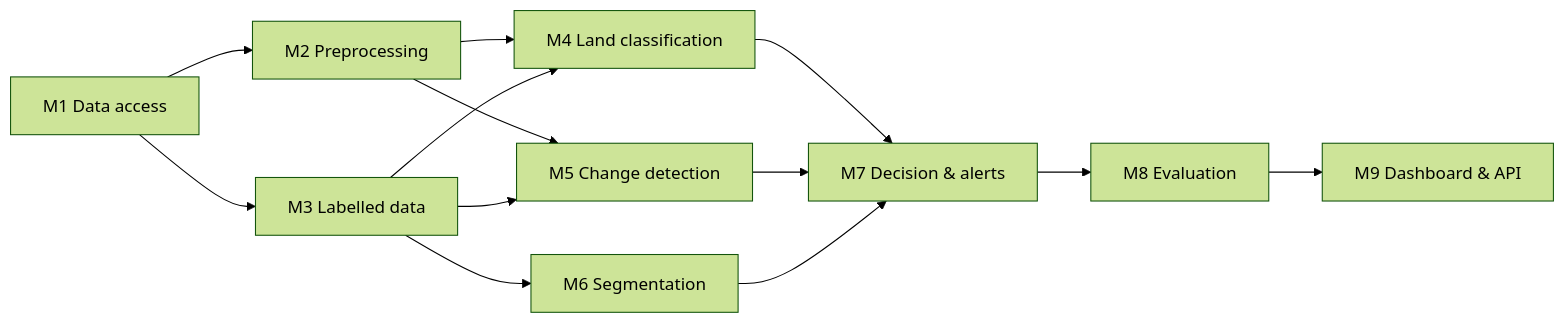
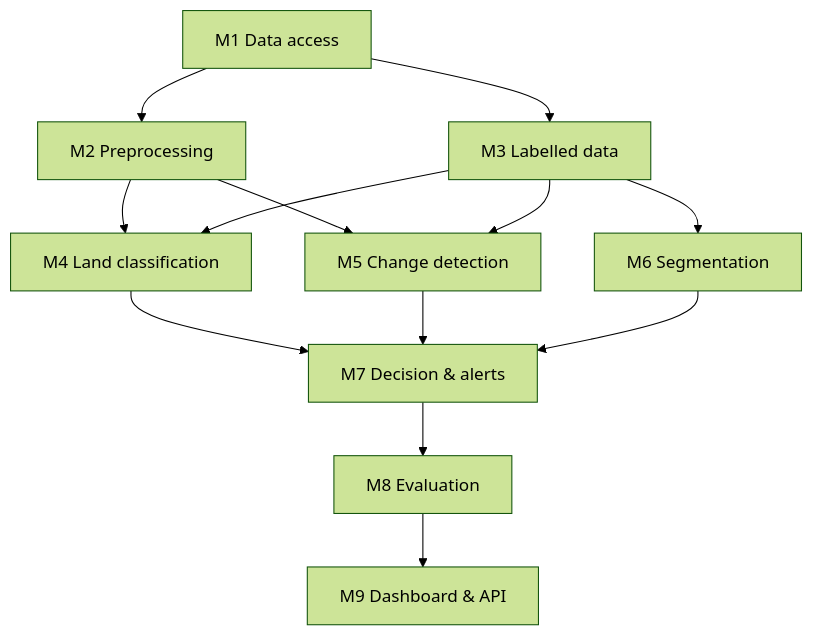
The diagram in Projects/REMI/remi-project-hub.md (MensahPrince/Peeka-Notes), drawn with Mermaid (forest theme) before and after one commit.

Commit message:
Peeka: 1 file synced

````diff
--- a/Projects/REMI/remi-project-hub.md
+++ b/Projects/REMI/remi-project-hub.md
@@ -97,15 +97,15 @@
 ```mermaid
-flowchart LR
+flowchart TD
   M1[M1 Data access] --> M2[M2 Preprocessing]
   M1 --> M3[M3 Labelled data]
   M2 --> M4[M4 Land classification]
   M3 --> M4
   M2 --> M5[M5 Change detection]
   M3 --> M5
   M3 --> M6[M6 Segmentation]
   M4 --> M7[M7 Decision & alerts]
   M5 --> M7
   M6 --> M7
   M7 --> M8[M8 Evaluation]
   M8 --> M9[M9 Dashboard & API]
 ```
````
